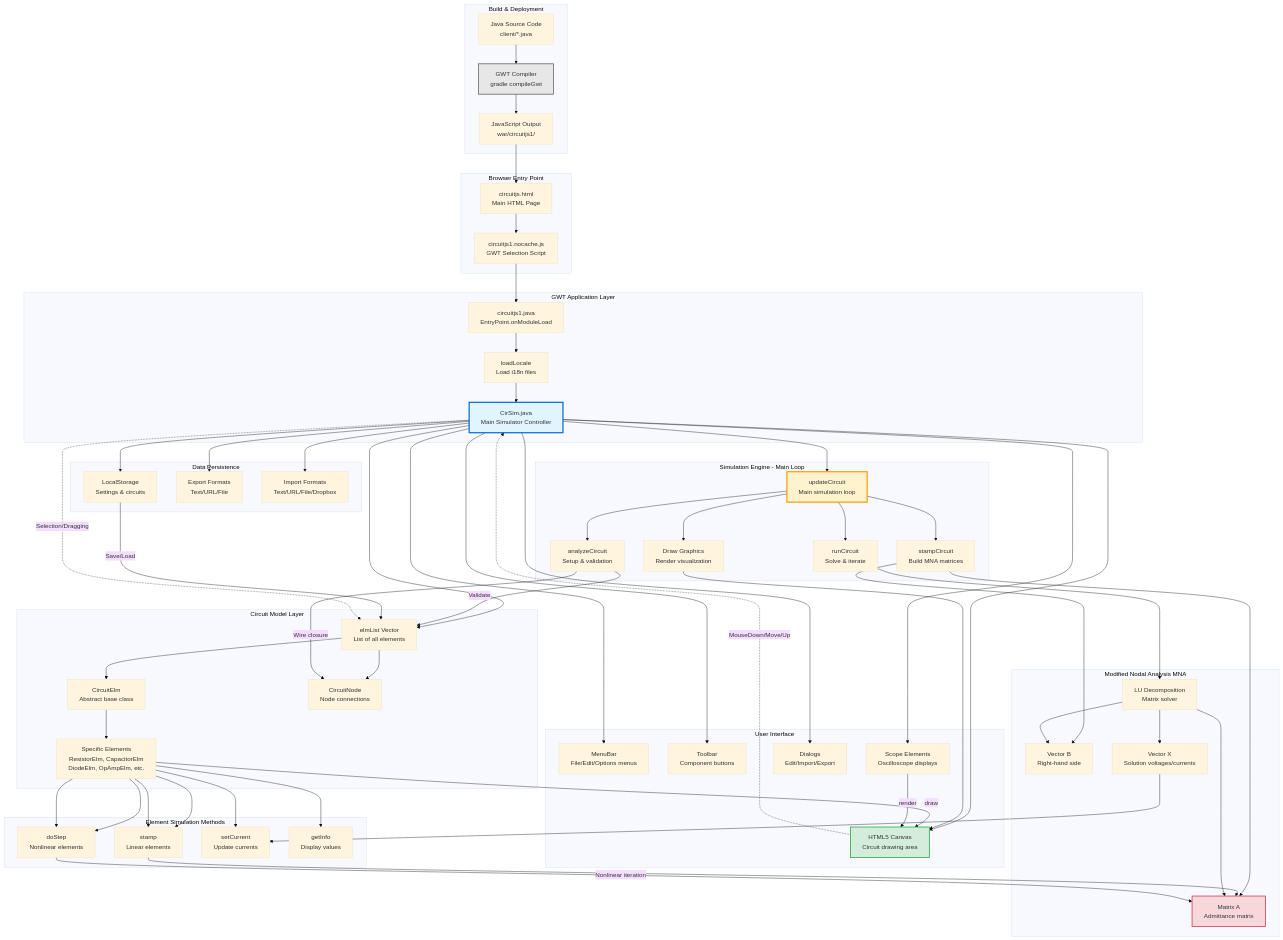
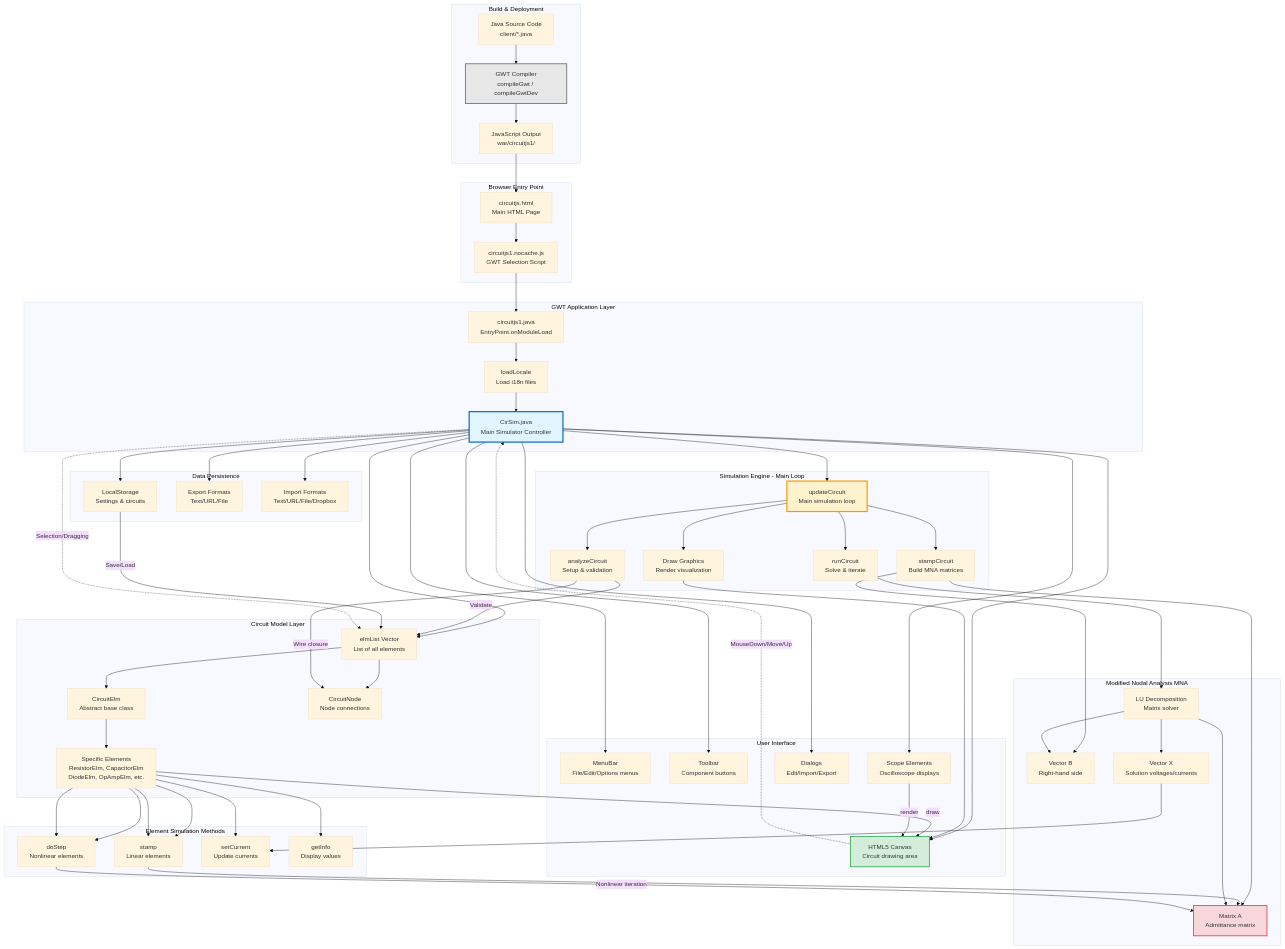
The first of 3 diagrams in dev_docs/ARCHITECTURE.md (johnnewto/circuitjs1), drawn with Mermaid (base theme) before and after one commit. The commit also changed other lines of this file and 87 other files, not shown here.

```diff
--- a/dev_docs/ARCHITECTURE.md
+++ b/dev_docs/ARCHITECTURE.md
@@ -64,7 +64,7 @@
     
     subgraph "Build & Deployment"
         JAVA[Java Source Code<br/>client/*.java]
-        GWT_COMPILER[GWT Compiler<br/>gradle compileGwt]
+        GWT_COMPILER[GWT Compiler<br/>compileGwt / compileGwtDev]
         JS_OUTPUT[JavaScript Output<br/>war/circuitjs1/]
     end
 
```
